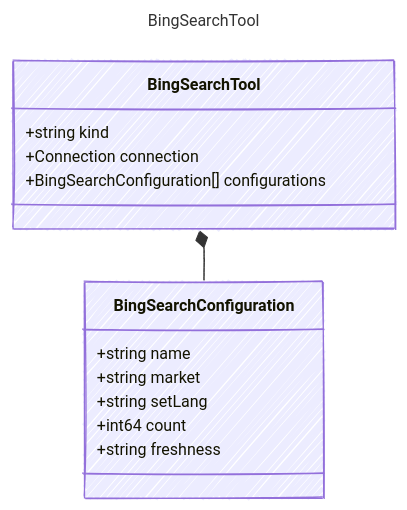
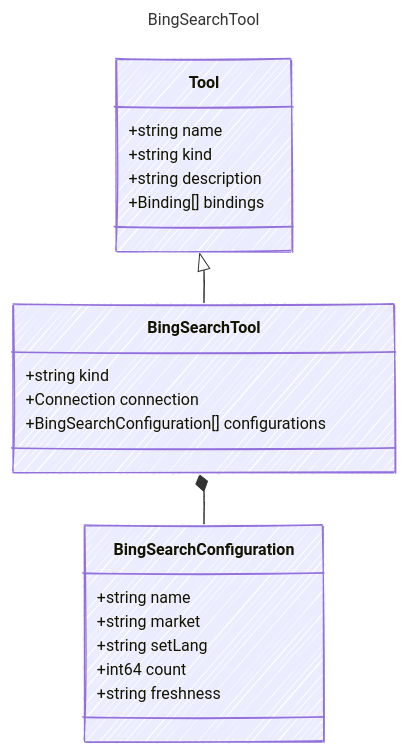
The diagram in specification/prompty/docs/BingSearchTool.md (microsoft/prompty), drawn with Mermaid before and after one commit. The commit also changed 24 other files, not shown here.

````diff
--- a/specification/prompty/docs/BingSearchTool.md
+++ b/specification/prompty/docs/BingSearchTool.md
@@ -7,25 +7,32 @@
 ```mermaid
 ---
 title: BingSearchTool
 config:
   look: handDrawn
   theme: colorful
   class:
     hideEmptyMembersBox: true
 ---
 classDiagram
+    class Tool {
+        +string name
+        +string kind
+        +string description
+        +Binding[] bindings
+    }
+    Tool <|-- BingSearchTool
     class BingSearchTool {
       
         +string kind
         +Connection connection
         +BingSearchConfiguration[] configurations
     }
     class BingSearchConfiguration {
         +string name
         +string market
         +string setLang
         +int64 count
         +string freshness
     }
     BingSearchTool *-- BingSearchConfiguration
 ```
````
